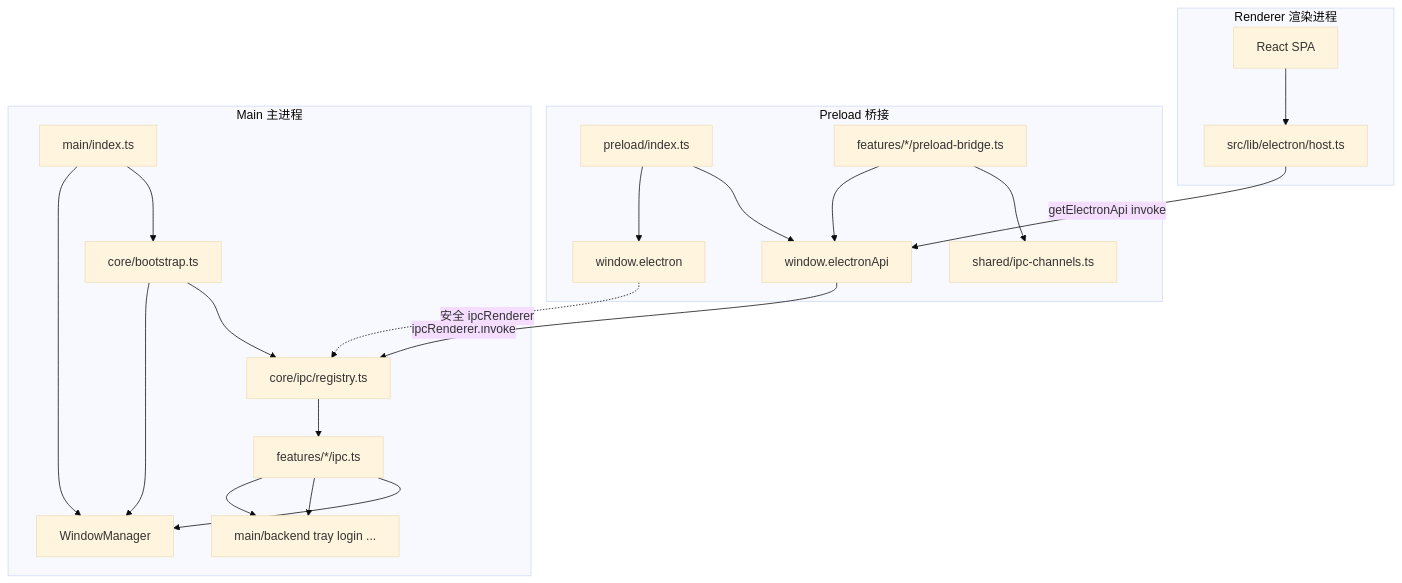
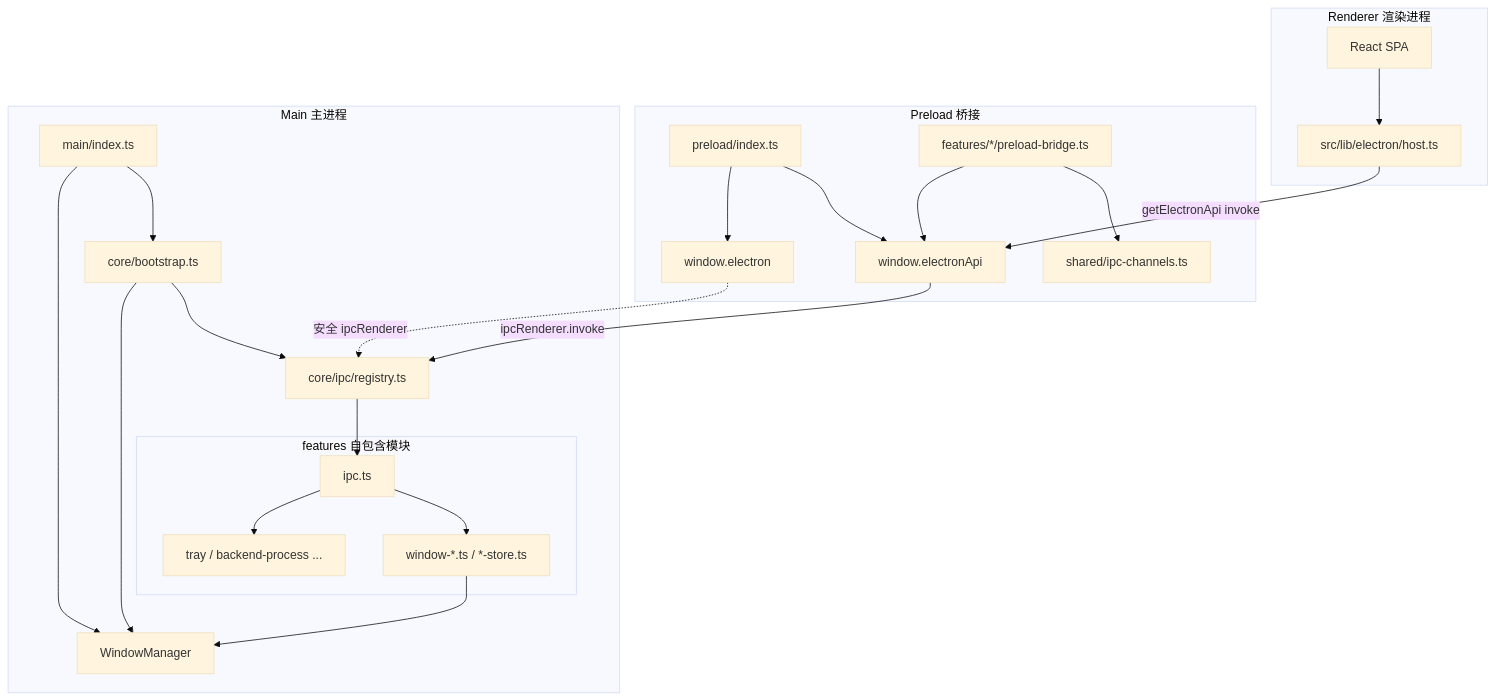
One commit to rzx007/digital-employe-client-web-m changed the first of 6 diagrams in apps/web/electron/README.md. Above: the diagram before and after it, drawn with Mermaid (base theme). The commit also changed other lines of this file and 27 other files, not shown here.

````diff
--- a/apps/web/electron/README.md
+++ b/apps/web/electron/README.md
@@ -44,42 +79,45 @@
 ```mermaid
 flowchart TB
   subgraph renderer [Renderer 渲染进程]
     Host["src/lib/electron/host.ts"]
     ReactApp["React SPA"]
     ReactApp --> Host
   end
 
   subgraph preloadLayer [Preload 桥接]
     PreloadIndex["preload/index.ts"]
     ElectronApi["window.electronApi"]
     ElectronToolkit["window.electron"]
     PreloadIndex --> ElectronApi
     PreloadIndex --> ElectronToolkit
     Bridges["features/*/preload-bridge.ts"]
     Channels["shared/ipc-channels.ts"]
     Bridges --> Channels
     Bridges --> ElectronApi
   end
 
   subgraph mainProcess [Main 主进程]
     Index["main/index.ts"]
     Bootstrap["core/bootstrap.ts"]
     Registry["core/ipc/registry.ts"]
     WM["WindowManager"]
-    Features["features/*/ipc.ts"]
-    MainModules["main/backend tray login ..."]
+    subgraph featureModules [features 自包含模块]
+      FeatIpc["ipc.ts"]
+      FeatWin["window-*.ts / *-store.ts"]
+      FeatSvc["tray / backend-process ..."]
+    end
 
     Index --> Bootstrap
     Bootstrap --> Registry
     Bootstrap --> WM
-    Registry --> Features
-    Features --> WM
-    Features --> MainModules
+    Registry --> FeatIpc
+    FeatIpc --> FeatWin
+    FeatIpc --> FeatSvc
+    FeatWin --> WM
     Index --> WM
   end
 
   Host -->|"getElectronApi invoke"| ElectronApi
   ElectronApi -->|"ipcRenderer.invoke"| Registry
   ElectronToolkit -.->|"安全 ipcRenderer"| Registry
-  Features --> MainModules
 ```
````
